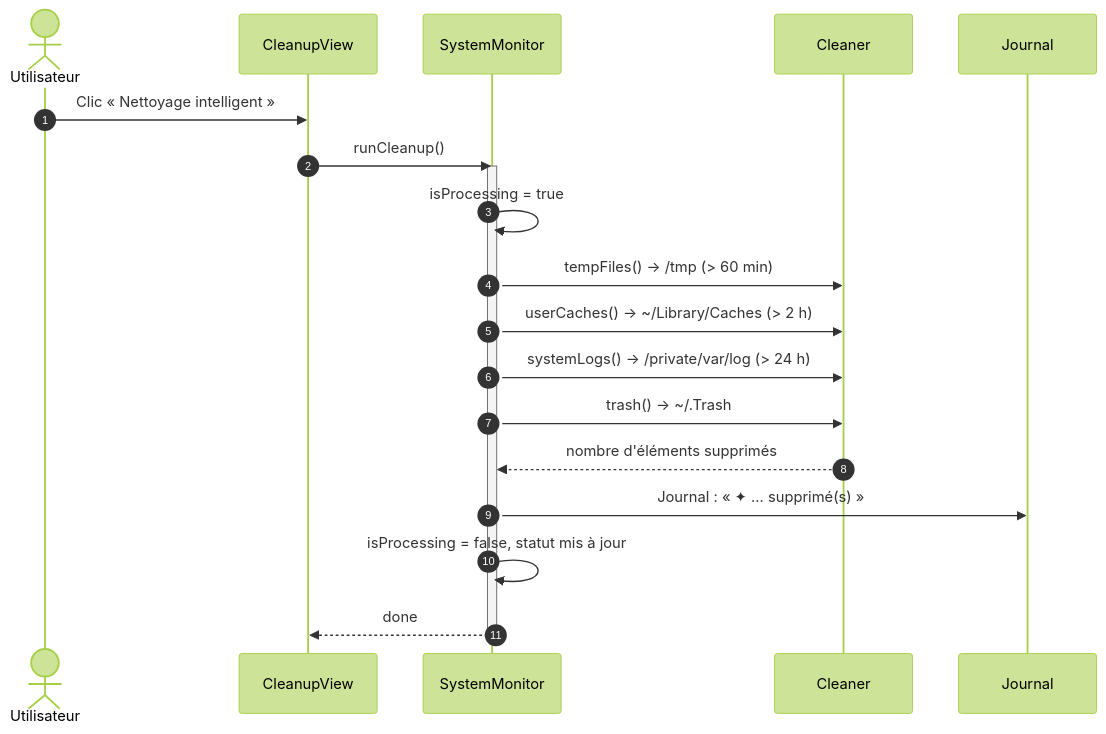
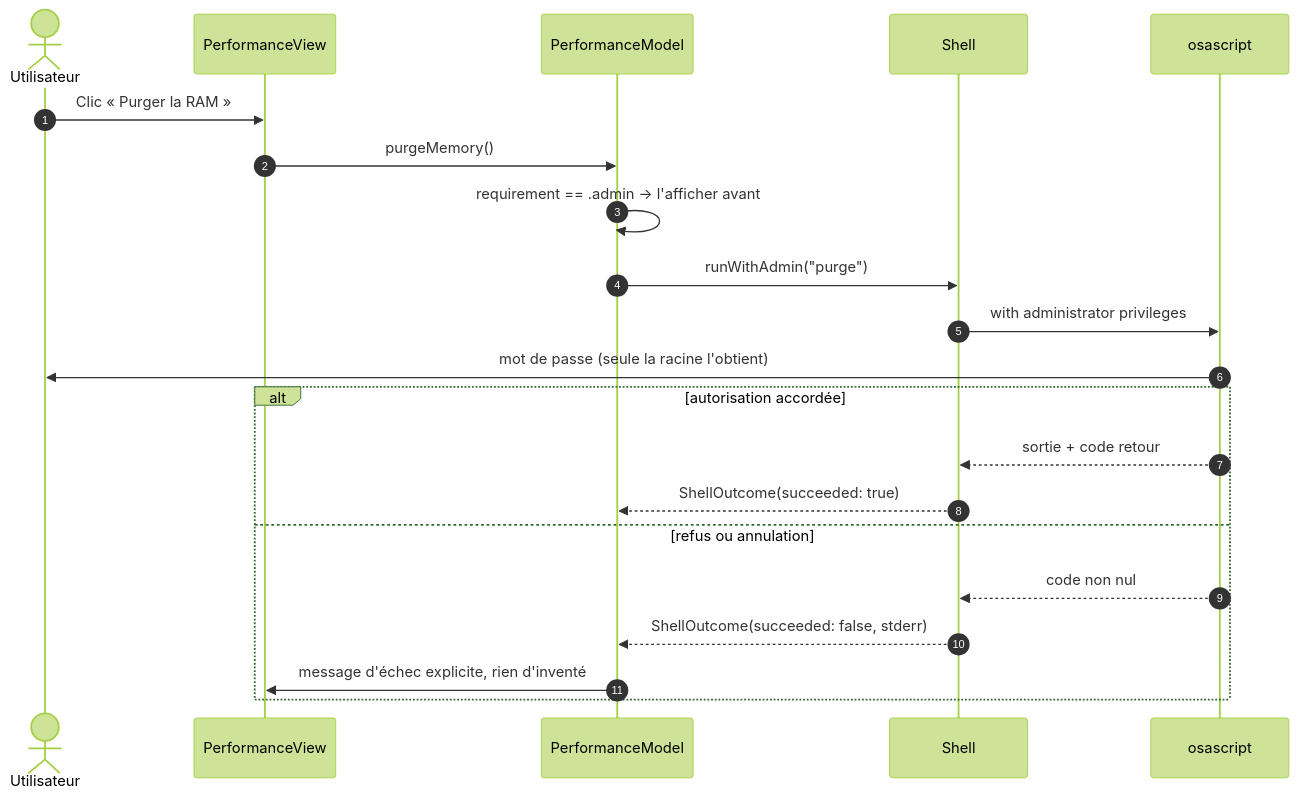
One commit to martialzinsou/MonitorMyMac changed the sixth of 11 diagrams in wiki/UML-Diagrams.md. Above: the diagram before and after it, drawn with Mermaid (forest theme). The commit also changed other lines of this file and 35 other files, not shown here.

````diff
--- a/wiki/UML-Diagrams.md
+++ b/wiki/UML-Diagrams.md
@@ -80,23 +368,24 @@
 ```mermaid
 sequenceDiagram
     autonumber
     actor U as Utilisateur
-    participant V as CleanupView
-    participant S as SystemMonitor
-    participant C as Cleaner
-    participant O as Journal
+    participant V as PerformanceView
+    participant M as PerformanceModel
+    participant S as Shell
+    participant OS as osascript
 
-    U->>V: Clic « Nettoyage intelligent »
-    V->>S: runCleanup()
-    activate S
-    S->>S: isProcessing = true
-    S->>C: tempFiles() → /tmp (> 60 min)
-    S->>C: userCaches() → ~/Library/Caches (> 2 h)
-    S->>C: systemLogs() → /private/var/log (> 24 h)
-    S->>C: trash() → ~/.Trash
-    C-->>S: nombre d'éléments supprimés
-    S->>O: Journal : « ✦ … supprimé(s) »
-    S->>S: isProcessing = false, statut mis à jour
-    S-->>V: done
-    deactivate S
+    U->>V: Clic « Purger la RAM »
+    V->>M: purgeMemory()
+    M->>M: requirement == .admin → l'afficher avant
+    M->>S: runWithAdmin("purge")
+    S->>OS: with administrator privileges
+    OS->>U: mot de passe (seule la racine l'obtient)
+    alt autorisation accordée
+        OS-->>S: sortie + code retour
+        S-->>M: ShellOutcome(succeeded: true)
+    else refus ou annulation
+        OS-->>S: code non nul
+        S-->>M: ShellOutcome(succeeded: false, stderr)
+        M->>V: message d'échec explicite, rien d'inventé
+    end
 ```
````
